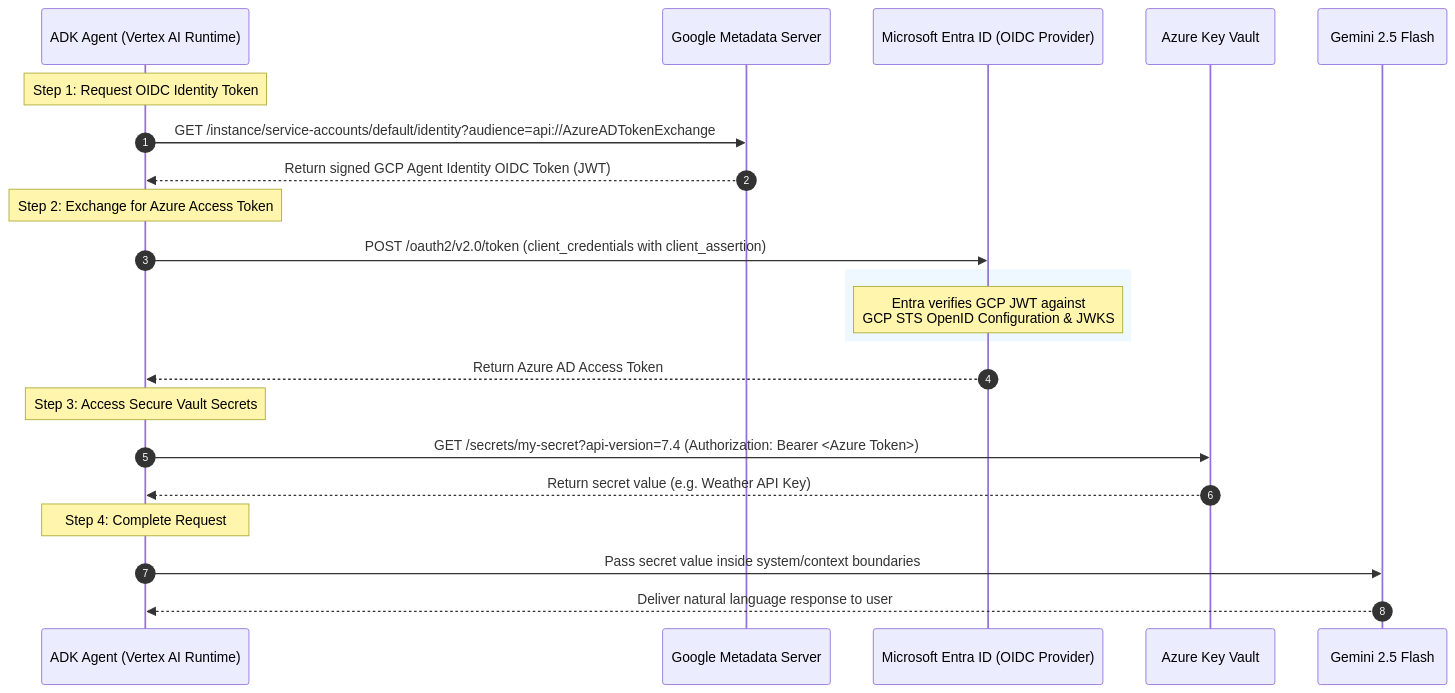
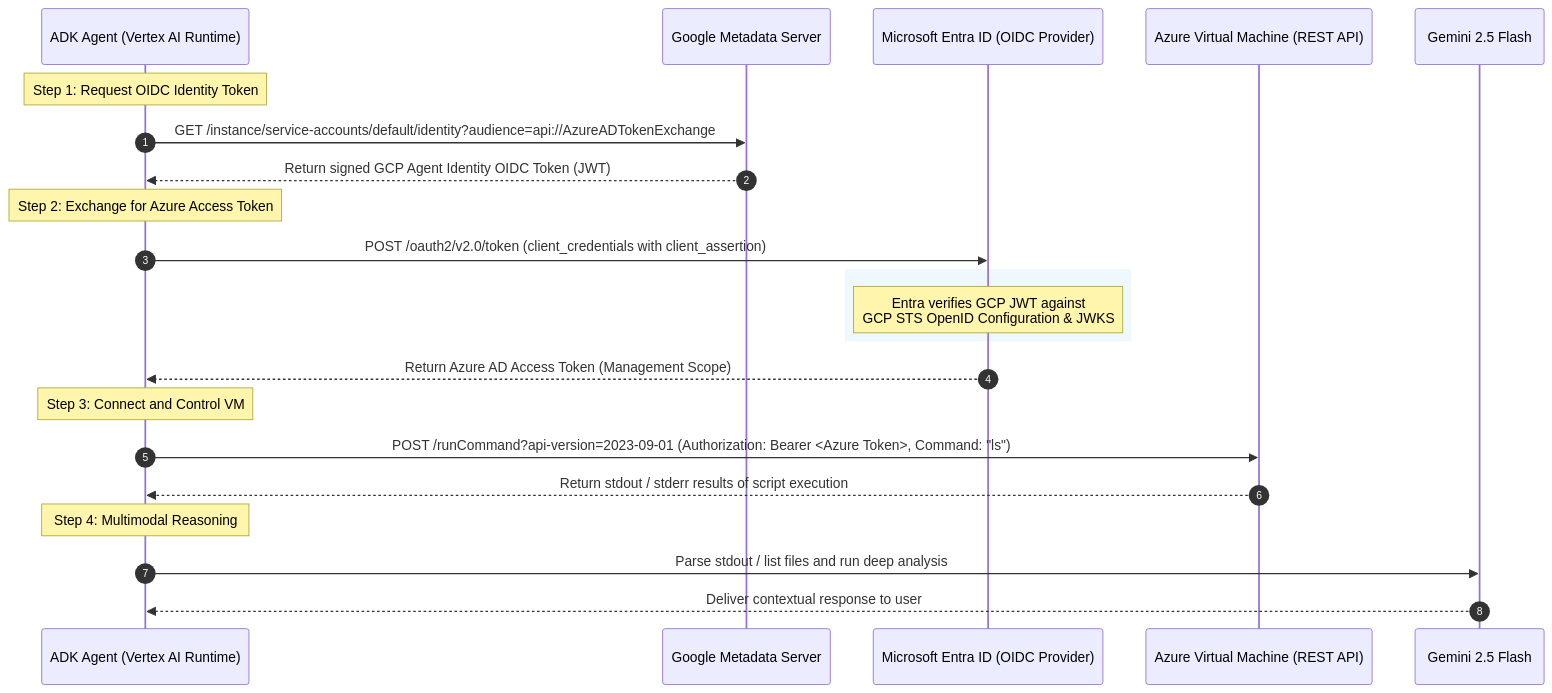
Before and after one commit to olaalao1/GEAP-agent-identity-entra: the diagram in README.md, drawn with Mermaid. The commit also changed other lines of this file and 6 other files, not shown here.

Commit message:
feat: pivot repository goal to support Azure Virtual Machine command execution

````diff
--- a/README.md
+++ b/README.md
@@ -18,28 +18,28 @@
 ```mermaid
 sequenceDiagram
     autonumber
     participant Agent as ADK Agent (Vertex AI Runtime)
     participant Meta as Google Metadata Server
     participant Entra as Microsoft Entra ID (OIDC Provider)
-    participant KV as Azure Key Vault
+    participant VM as Azure Virtual Machine (REST API)
     participant Gemini as Gemini 2.5 Flash
 
     Note over Agent: Step 1: Request OIDC Identity Token
     Agent->>Meta: GET /instance/service-accounts/default/identity?audience=api://AzureADTokenExchange
     Meta-->>Agent: Return signed GCP Agent Identity OIDC Token (JWT)
 
     Note over Agent: Step 2: Exchange for Azure Access Token
     Agent->>Entra: POST /oauth2/v2.0/token (client_credentials with client_assertion)
     rect rgb(240, 248, 255)
         Note over Entra: Entra verifies GCP JWT against<br/>GCP STS OpenID Configuration & JWKS
     end
-    Entra-->>Agent: Return Azure AD Access Token
+    Entra-->>Agent: Return Azure AD Access Token (Management Scope)
 
-    Note over Agent: Step 3: Access Secure Vault Secrets
-    Agent->>KV: GET /secrets/my-secret?api-version=7.4 (Authorization: Bearer <Azure Token>)
-    KV-->>Agent: Return secret value (e.g. Weather API Key)
+    Note over Agent: Step 3: Connect and Control VM
+    Agent->>VM: POST /runCommand?api-version=2023-09-01 (Authorization: Bearer <Azure Token>, Command: "ls")
+    VM-->>Agent: Return stdout / stderr results of script execution
 
-    Note over Agent: Step 4: Complete Request
-    Agent->>Gemini: Pass secret value inside system/context boundaries
-    Gemini-->>Agent: Deliver natural language response to user
+    Note over Agent: Step 4: Multimodal Reasoning
+    Agent->>Gemini: Parse stdout / list files and run deep analysis
+    Gemini-->>Agent: Deliver contextual response to user
 ```
````
